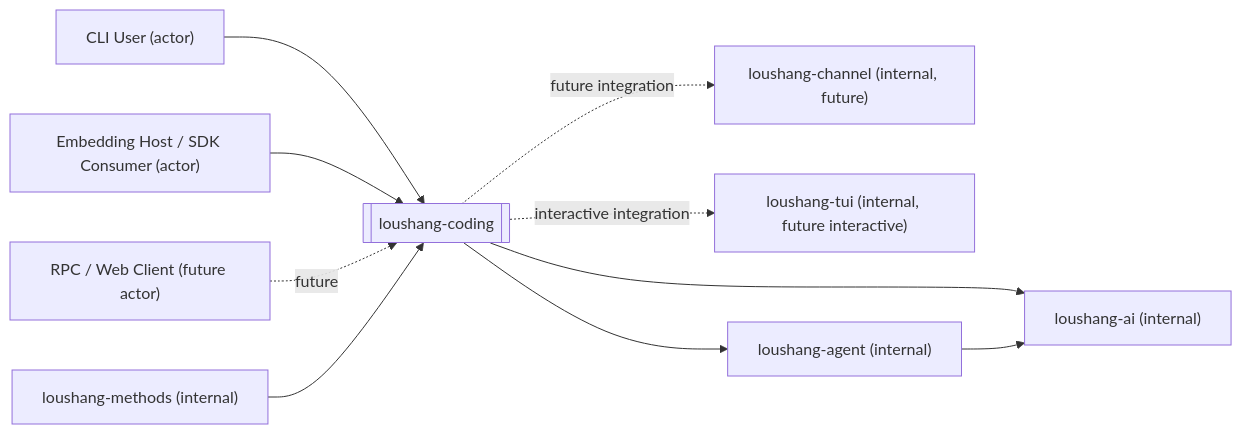
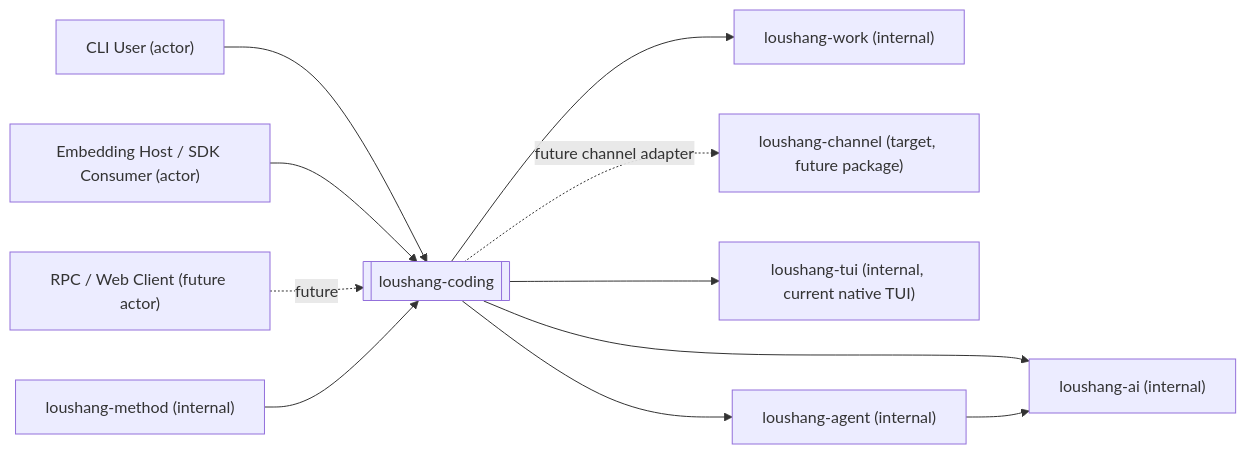
One commit to wrongbutworks/loushang changed the diagram in docs/internals/architecture/coding/loushang-coding-system-context.md. Above: the diagram before and after it, drawn with Mermaid. The commit also changed other lines of this file and 58 other files, not shown here.

Commit message:
docs: align architecture documentation

````diff
--- a/docs/internals/architecture/coding/loushang-coding-system-context.md
+++ b/docs/internals/architecture/coding/loushang-coding-system-context.md
@@ -141,26 +163,28 @@
 ```mermaid
 flowchart LR
     CLI["CLI User (actor)"]
     SDK["Embedding Host / SDK Consumer (actor)"]
     RPC["RPC / Web Client (future actor)"]
 
-    METHODS["loushang-methods (internal)"]
-    CHANNEL["loushang-channel (internal, future)"]
-    TUI["loushang-tui (internal, future interactive)"]
+    METHOD["loushang-method (internal)"]
+    WORK["loushang-work (internal)"]
+    CHANNEL["loushang-channel (target, future package)"]
+    TUI["loushang-tui (internal, current native TUI)"]
     AGENT["loushang-agent (internal)"]
     AI["loushang-ai (internal)"]
 
     CODING[[loushang-coding]]
 
     CLI --> CODING
     SDK --> CODING
     RPC -. future .-> CODING
 
-    METHODS --> CODING
+    METHOD --> CODING
+    CODING --> WORK
     CODING --> AGENT
     CODING --> AI
     AGENT --> AI
 
-    CODING -. future integration .-> CHANNEL
-    CODING -. interactive integration .-> TUI
+    CODING -. future channel adapter .-> CHANNEL
+    CODING --> TUI
 ```
````
